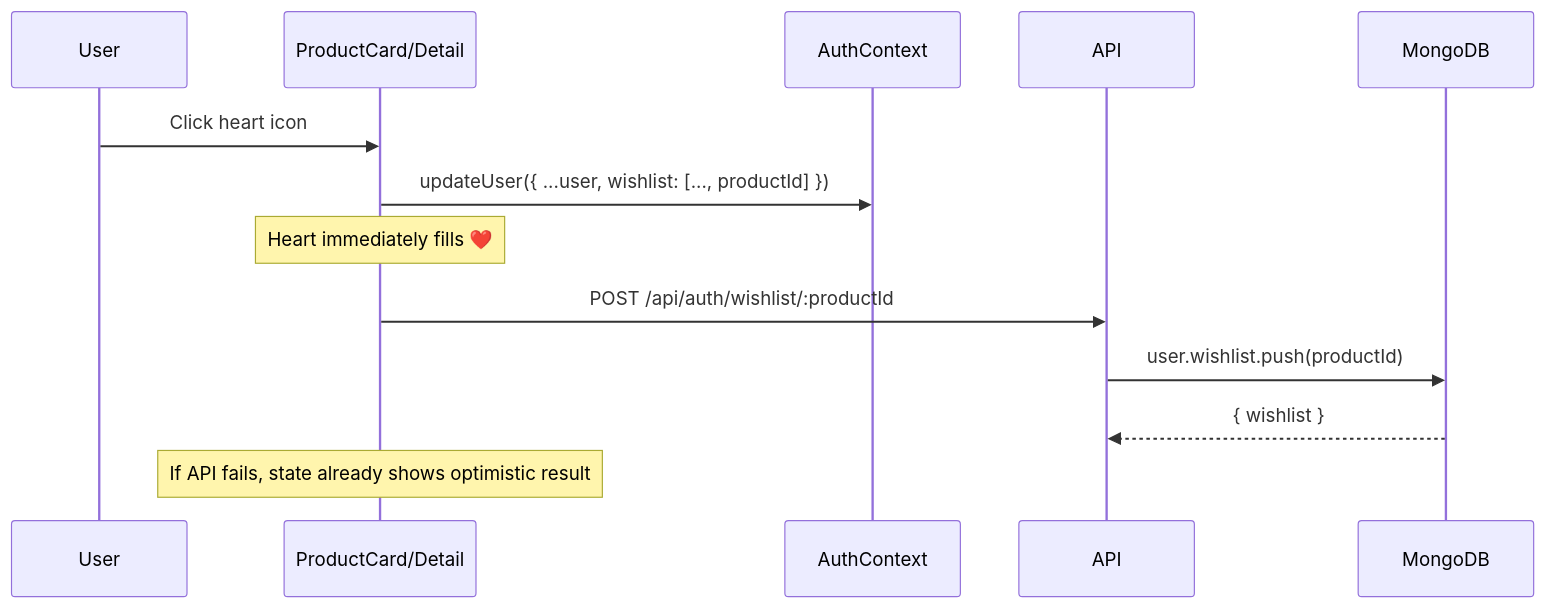
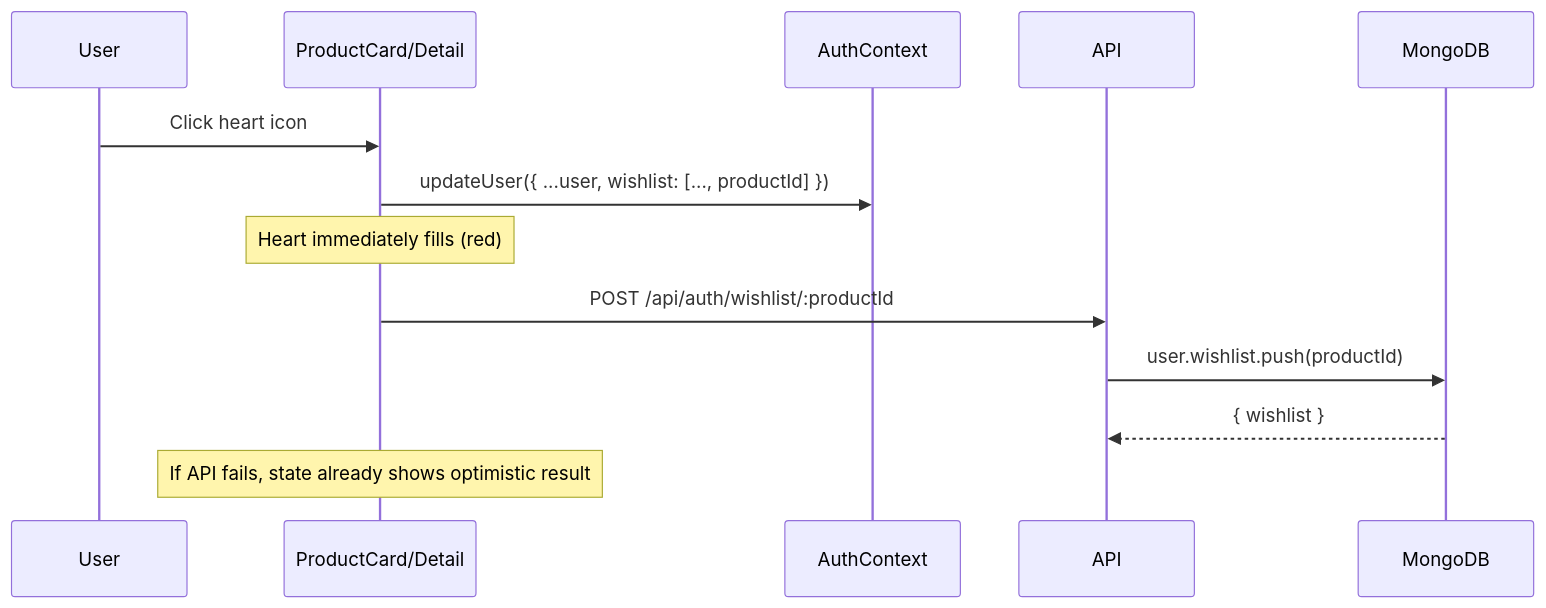
One commit to Pratham2411/nit_patna_market changed the third of 4 diagrams in docs/10-feature-walkthroughs.md. Above: the diagram before and after it, drawn with Mermaid. The commit also changed 3 other files, not shown here.

````diff
--- a/docs/10-feature-walkthroughs.md
+++ b/docs/10-feature-walkthroughs.md
@@ -85,16 +85,16 @@
 ```mermaid
 sequenceDiagram
   participant User
   participant UI as ProductCard/Detail
   participant Context as AuthContext
   participant API
   participant DB as MongoDB
   
   User->>UI: Click heart icon
   UI->>Context: updateUser({ ...user, wishlist: [..., productId] })
-  Note over UI: Heart immediately fills ❤️
+  Note over UI: Heart immediately fills (red)
   UI->>API: POST /api/auth/wishlist/:productId
   API->>DB: user.wishlist.push(productId)
   DB-->>API: { wishlist }
   Note over UI: If API fails, state already shows optimistic result
 ```
````
